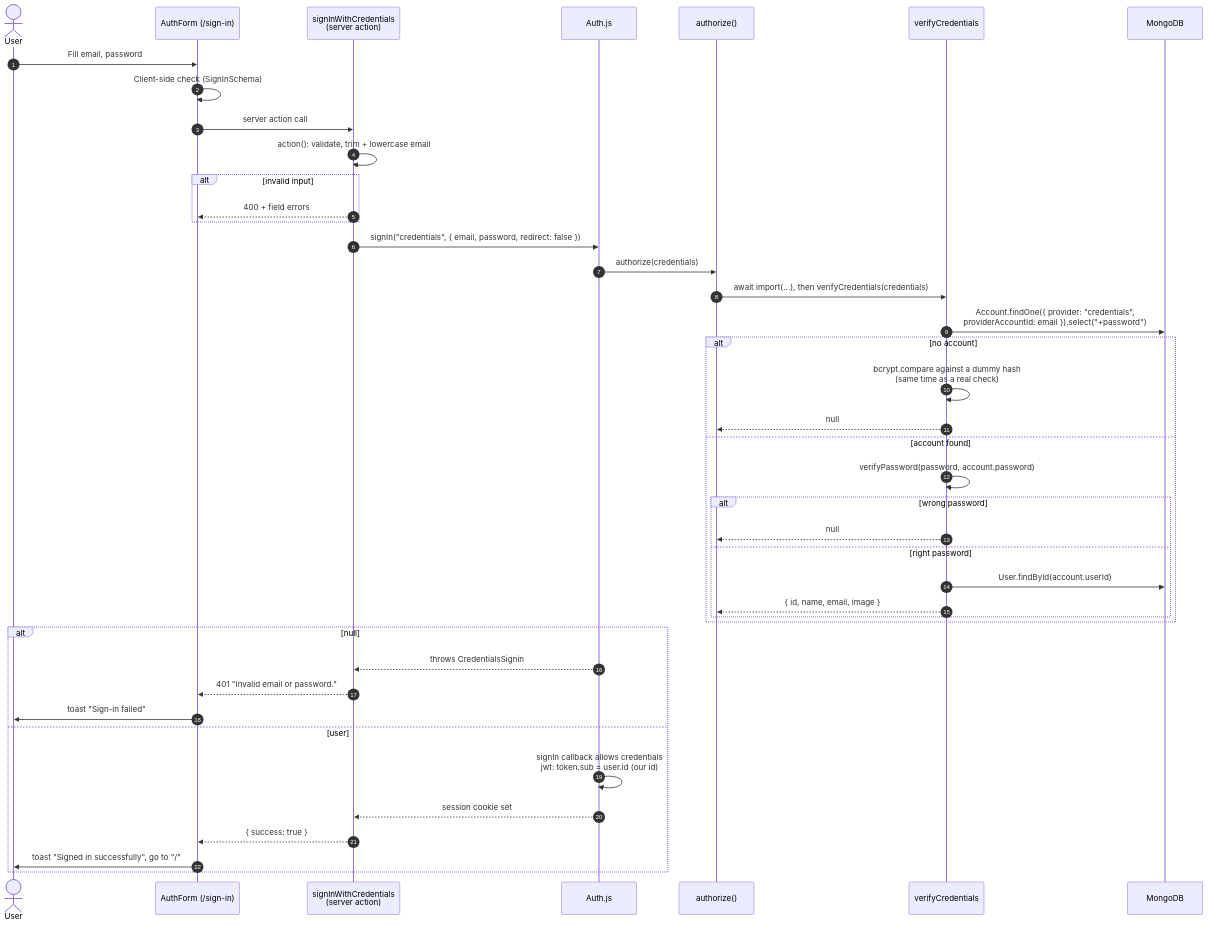
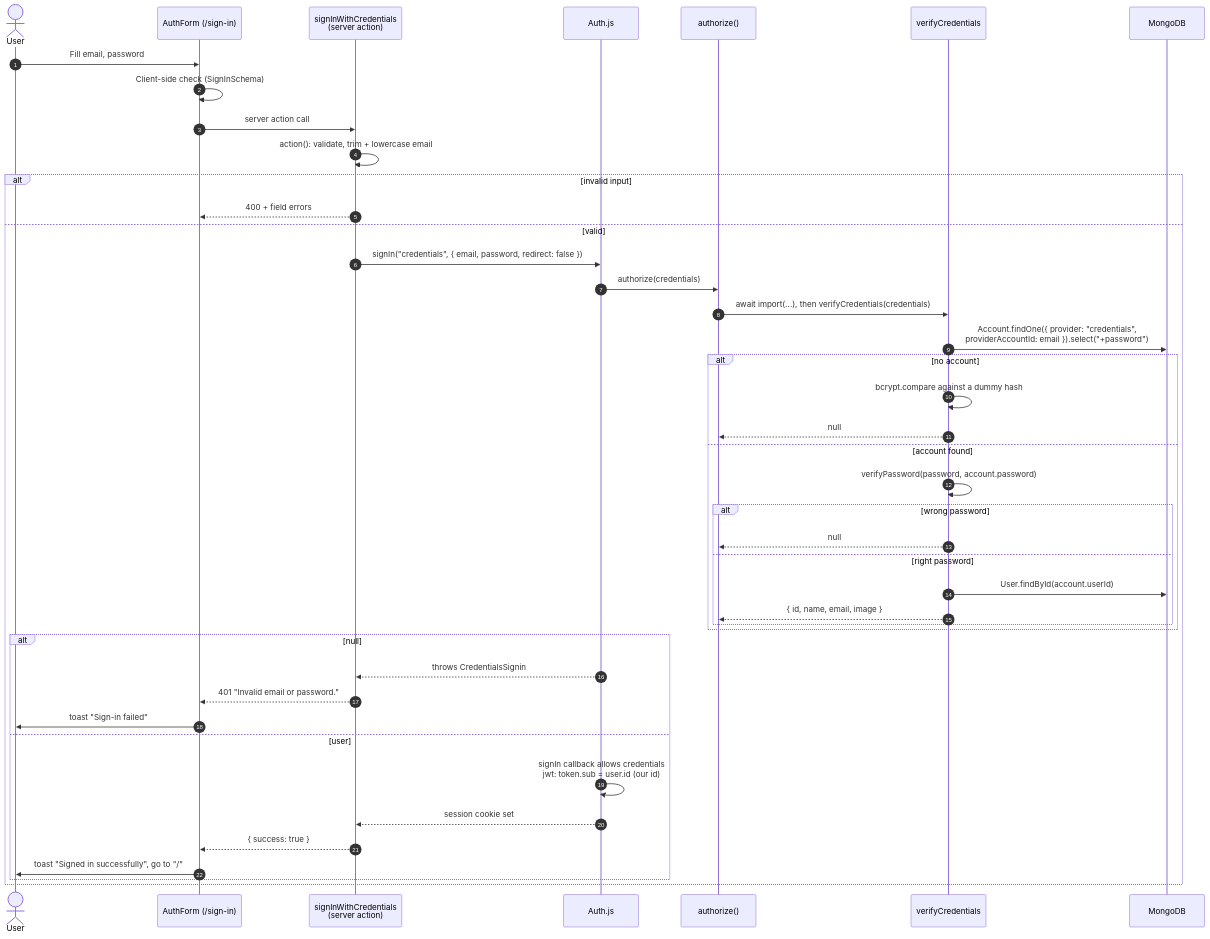
The eighth of 9 diagrams in docs/AUTH.md (firihy/dev-over-flow), drawn with Mermaid before and after one commit. The commit also changed other lines of this file, not shown here.

````diff
--- a/docs/AUTH.md
+++ b/docs/AUTH.md
@@ -407,45 +311,46 @@
 ```mermaid
 sequenceDiagram
   autonumber
   actor U as User
   participant F as AuthForm (/sign-in)
   participant SA as signInWithCredentials<br/>(server action)
   participant NA as Auth.js
   participant AZ as authorize()
   participant V as verifyCredentials
   participant DB as MongoDB
 
   U->>F: Fill email, password
   F->>F: Client-side check (SignInSchema)
   F->>SA: server action call
   SA->>SA: action(): validate, trim + lowercase email
   alt invalid input
     SA-->>F: 400 + field errors
-  end
-  SA->>NA: signIn("credentials", { email, password, redirect: false })
-  NA->>AZ: authorize(credentials)
-  AZ->>V: await import(...), then verifyCredentials(credentials)
-  V->>DB: Account.findOne({ provider: "credentials",<br/>providerAccountId: email }).select("+password")
-  alt no account
-    V->>V: bcrypt.compare against a dummy hash<br/>(same time as a real check)
-    V-->>AZ: null
-  else account found
-    V->>V: verifyPassword(password, account.password)
-    alt wrong password
+  else valid
+    SA->>NA: signIn("credentials", { email, password, redirect: false })
+    NA->>AZ: authorize(credentials)
+    AZ->>V: await import(...), then verifyCredentials(credentials)
+    V->>DB: Account.findOne({ provider: "credentials",<br/>providerAccountId: email }).select("+password")
+    alt no account
+      V->>V: bcrypt.compare against a dummy hash
       V-->>AZ: null
-    else right password
-      V->>DB: User.findById(account.userId)
-      V-->>AZ: { id, name, email, image }
+    else account found
+      V->>V: verifyPassword(password, account.password)
+      alt wrong password
+        V-->>AZ: null
+      else right password
+        V->>DB: User.findById(account.userId)
+        V-->>AZ: { id, name, email, image }
+      end
+    end
+    alt null
+      NA-->>SA: throws CredentialsSignin
+      SA-->>F: 401 "Invalid email or password."
+      F->>U: toast "Sign-in failed"
+    else user
+      NA->>NA: signIn callback allows credentials<br/>jwt: token.sub = user.id (our id)
+      NA-->>SA: session cookie set
+      SA-->>F: { success: true }
+      F->>U: toast "Signed in successfully", go to "/"
     end
   end
-  alt null
-    NA-->>SA: throws CredentialsSignin
-    SA-->>F: 401 "Invalid email or password."
-    F->>U: toast "Sign-in failed"
-  else user
-    NA->>NA: signIn callback allows credentials<br/>jwt: token.sub = user.id (our id)
-    NA-->>SA: session cookie set
-    SA-->>F: { success: true }
-    F->>U: toast "Signed in successfully", go to "/"
-  end
 ```
````
